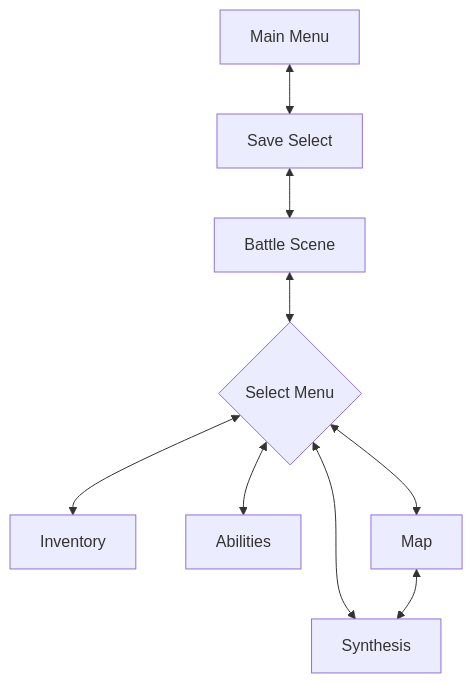
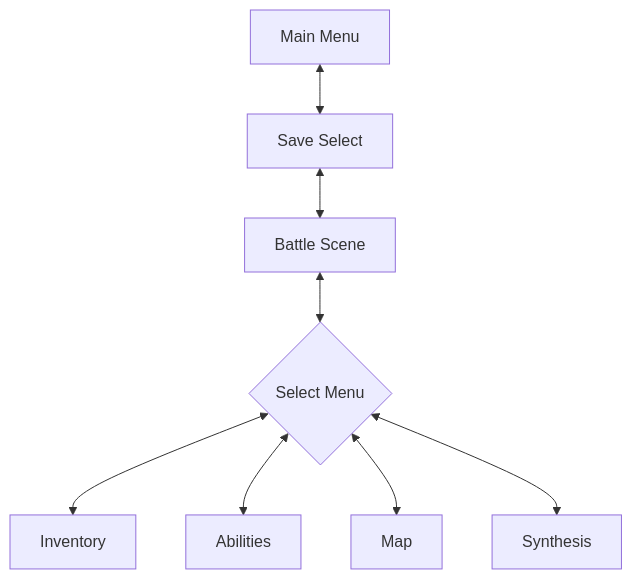
Before and after one commit to jlightheart24/incremental: the diagram in flow_diagram.md, drawn with Mermaid.

Commit message:
small fix and confirmed that the chart does work

````diff
--- a/flow_diagram.md
+++ b/flow_diagram.md
@@ -1,11 +1,10 @@
 ```mermaid
 flowchart TD
     A[Main Menu] <--> B[Save Select]
     B <--> C[Battle Scene]
     C <--> D{Select Menu}
     D <--> E[Inventory]
     D <--> F[Abilities]
     D <--> G[Map]
     D <--> H[Synthesis]
-    G <--> H
 ```
````
